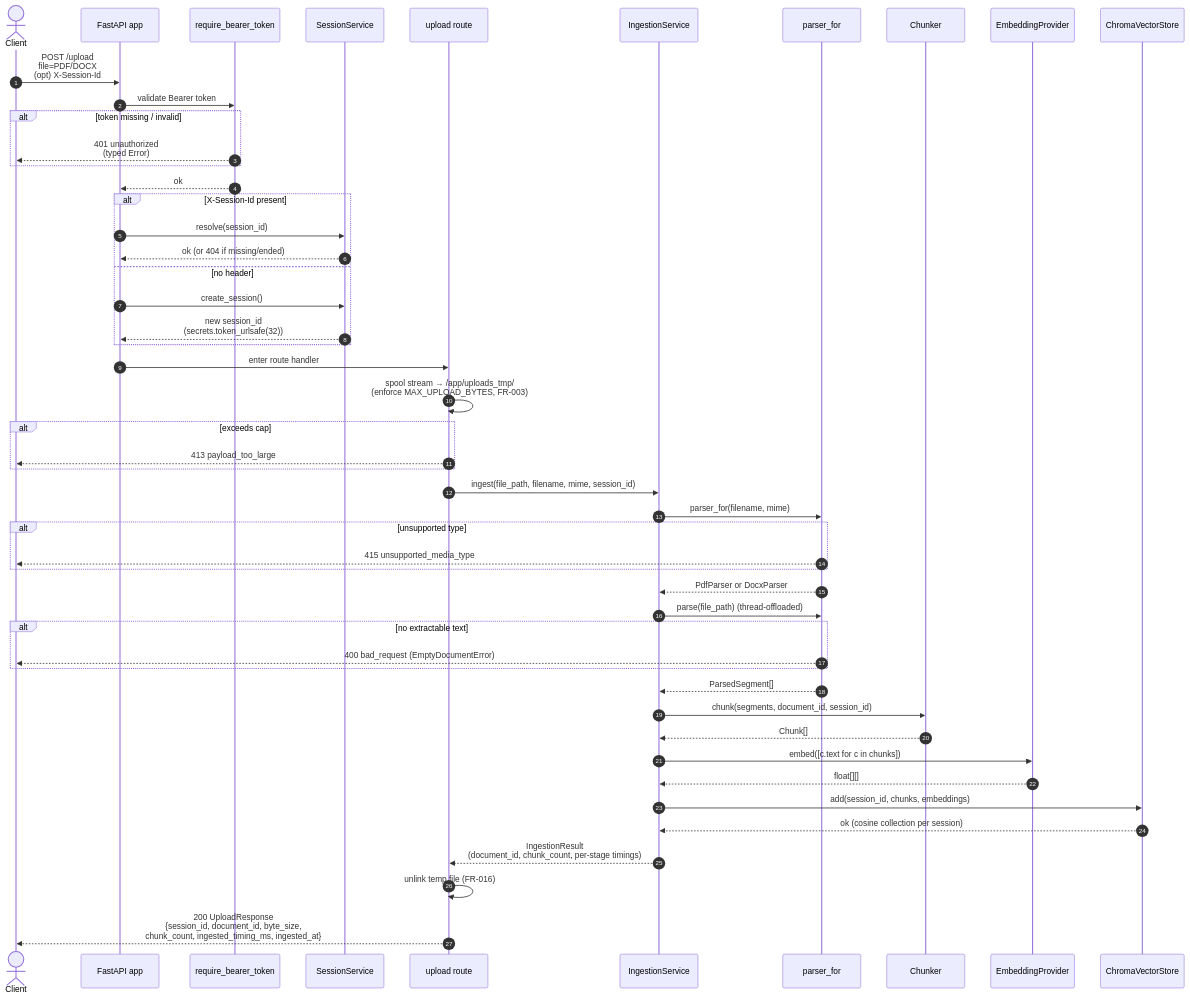
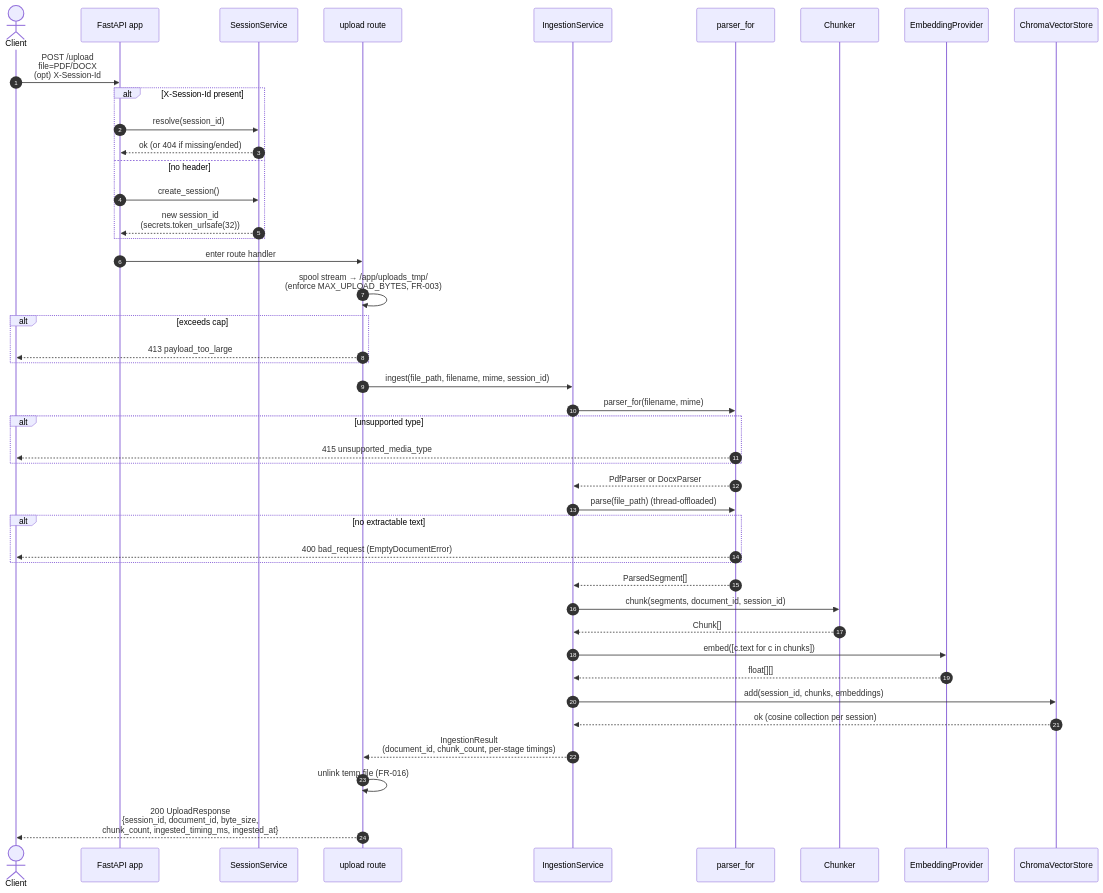
Before and after one commit to dvmhmdsd/doc-assistant: the first of 4 diagrams in docs/explanation/sequence-diagrams.md, drawn with Mermaid. The commit also changed other lines of this file and 23 other files, not shown here.

````diff
--- a/docs/explanation/sequence-diagrams.md
+++ b/docs/explanation/sequence-diagrams.md
@@ -14,61 +14,55 @@
 ```mermaid
 sequenceDiagram
     autonumber
     actor client as Client
     participant api as FastAPI app
-    participant auth as require_bearer_token
     participant sess as SessionService
     participant route as upload route
     participant ingest as IngestionService
     participant parser as parser_for
     participant chunker as Chunker
     participant embed as EmbeddingProvider
     participant vstore as ChromaVectorStore
 
     client->>api: POST /upload<br/>file=PDF/DOCX<br/>(opt) X-Session-Id
-    api->>auth: validate Bearer token
-    alt token missing / invalid
-        auth-->>client: 401 unauthorized<br/>(typed Error)
-    end
-    auth-->>api: ok
 
     alt X-Session-Id present
         api->>sess: resolve(session_id)
         sess-->>api: ok  (or 404 if missing/ended)
     else no header
         api->>sess: create_session()
         sess-->>api: new session_id<br/>(secrets.token_urlsafe(32))
     end
 
     api->>route: enter route handler
     route->>route: spool stream → /app/uploads_tmp/<br/>(enforce MAX_UPLOAD_BYTES, FR-003)
     alt exceeds cap
         route-->>client: 413 payload_too_large
     end
 
     route->>ingest: ingest(file_path, filename, mime, session_id)
     ingest->>parser: parser_for(filename, mime)
     alt unsupported type
         parser-->>client: 415 unsupported_media_type
     end
     parser-->>ingest: PdfParser or DocxParser
 
     ingest->>parser: parse(file_path)  (thread-offloaded)
     alt no extractable text
         parser-->>client: 400 bad_request (EmptyDocumentError)
     end
     parser-->>ingest: ParsedSegment[]
 
     ingest->>chunker: chunk(segments, document_id, session_id)
     chunker-->>ingest: Chunk[]
 
     ingest->>embed: embed([c.text for c in chunks])
     embed-->>ingest: float[][]
 
     ingest->>vstore: add(session_id, chunks, embeddings)
     vstore-->>ingest: ok  (cosine collection per session)
     ingest-->>route: IngestionResult<br/>(document_id, chunk_count, per-stage timings)
 
     route->>route: unlink temp file (FR-016)
     route-->>client: 200 UploadResponse<br/>{session_id, document_id, byte_size,<br/>chunk_count, ingested_timing_ms, ingested_at}
 ```
````
